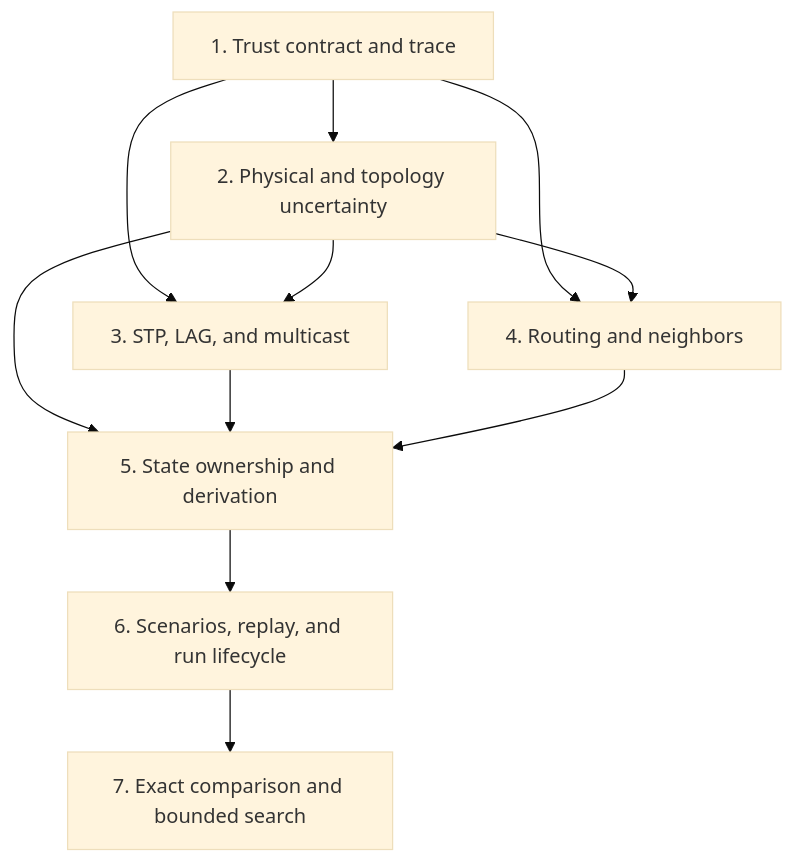
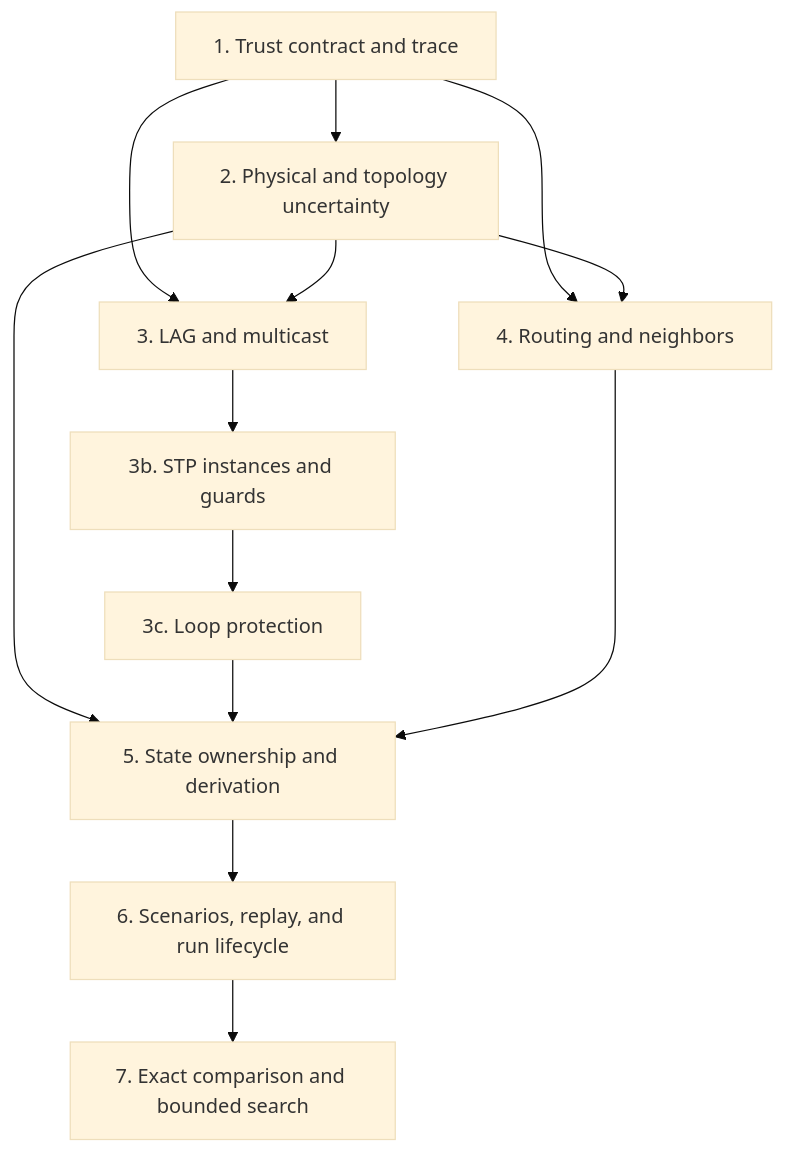
One commit to Aledantee/FlowSeer changed the fourth of 4 diagrams in docs/plans/2026-09-12-1339-feat-netsim-analysis-completeness-plan.md. Above: the diagram before and after it, drawn with Mermaid (base theme). The commit also changed other lines of this file and 3 other files, not shown here.

First line of the commit message:
docs(netsim): re-plan protocol depth as LAG, spanning tree, and loop protection phases

````diff
--- a/docs/plans/2026-09-12-1339-feat-netsim-analysis-completeness-plan.md
+++ b/docs/plans/2026-09-12-1339-feat-netsim-analysis-completeness-plan.md
@@ -238,13 +255,15 @@
 ```mermaid
 flowchart TD
     P1[1. Trust contract and trace] --> P2[2. Physical and topology uncertainty]
-    P1 --> P3[3. STP, LAG, and multicast]
+    P1 --> P3[3. LAG and multicast]
     P2 --> P3
+    P3 --> P3b[3b. STP instances and guards]
+    P3b --> P3c[3c. Loop protection]
     P1 --> P4[4. Routing and neighbors]
     P2 --> P4
     P2 --> P5[5. State ownership and derivation]
-    P3 --> P5
+    P3c --> P5
     P4 --> P5
     P5 --> P6[6. Scenarios, replay, and run lifecycle]
     P6 --> P7[7. Exact comparison and bounded search]
 ```
````
